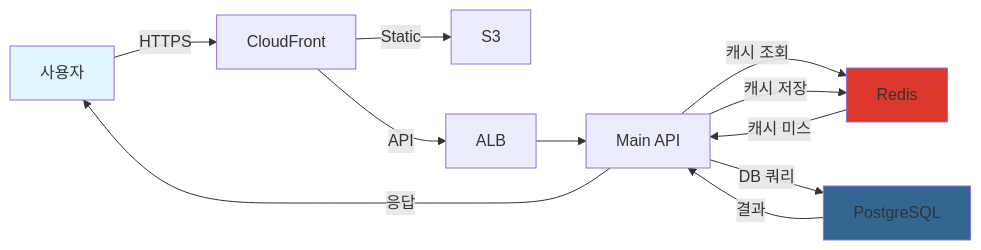
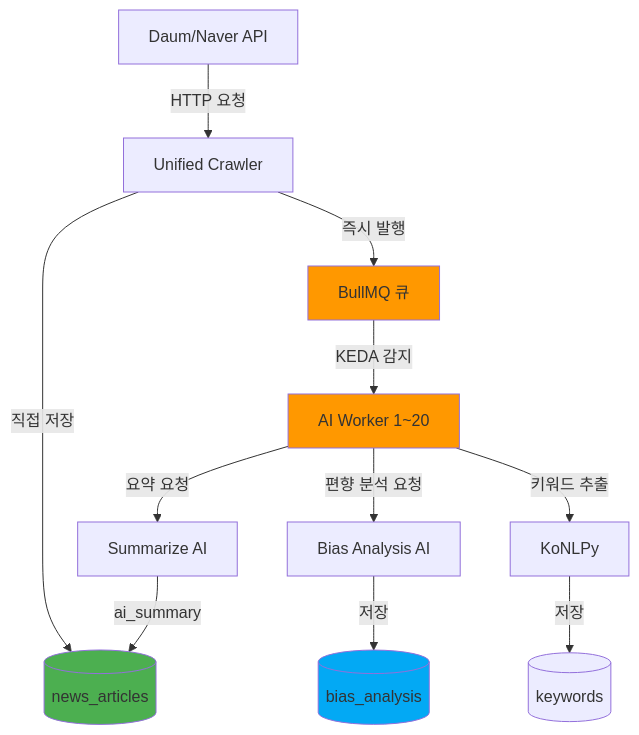
Before and after one commit to poungkee/my_fans: the fourth of 5 diagrams in docs/02_시스템_아키텍처.md, drawn with Mermaid. The commit also changed other lines of this file and 56 other files, not shown here.

````diff
--- a/docs/02_시스템_아키텍처.md
+++ b/docs/02_시스템_아키텍처.md
@@ -1486,17 +934,22 @@
 ```mermaid
-graph LR
-    A[사용자] -->|HTTPS| B[CloudFront]
-    B -->|Static| C[S3]
-    B -->|API| D[ALB]
-    D --> E[Main API]
-    E -->|캐시 조회| F[Redis]
-    F -->|캐시 미스| E
-    E -->|DB 쿼리| G[PostgreSQL]
-    G -->|결과| E
-    E -->|캐시 저장| F
-    E -->|응답| A
+graph TD
+    A[Daum/Naver API] -->|HTTP 요청| B[Unified Crawler]
+    B -->|직접 저장| C[(news_articles)]
+    B -->|즉시 발행| D[BullMQ 큐]
 
-    style A fill:#e1f5ff
-    style F fill:#dc382d
-    style G fill:#336791
+    D -->|KEDA 감지| E[AI Worker 1~20]
+
+    E -->|요약 요청| F[Summarize AI]
+    F -->|ai_summary| C
+
+    E -->|편향 분석 요청| G[Bias Analysis AI]
+    G -->|저장| H[(bias_analysis)]
+
+    E -->|키워드 추출| I[KoNLPy]
+    I -->|저장| J[(keywords)]
+
+    style C fill:#4caf50
+    style D fill:#ff9800
+    style E fill:#ff9800
+    style H fill:#03a9f4
 ```
````
